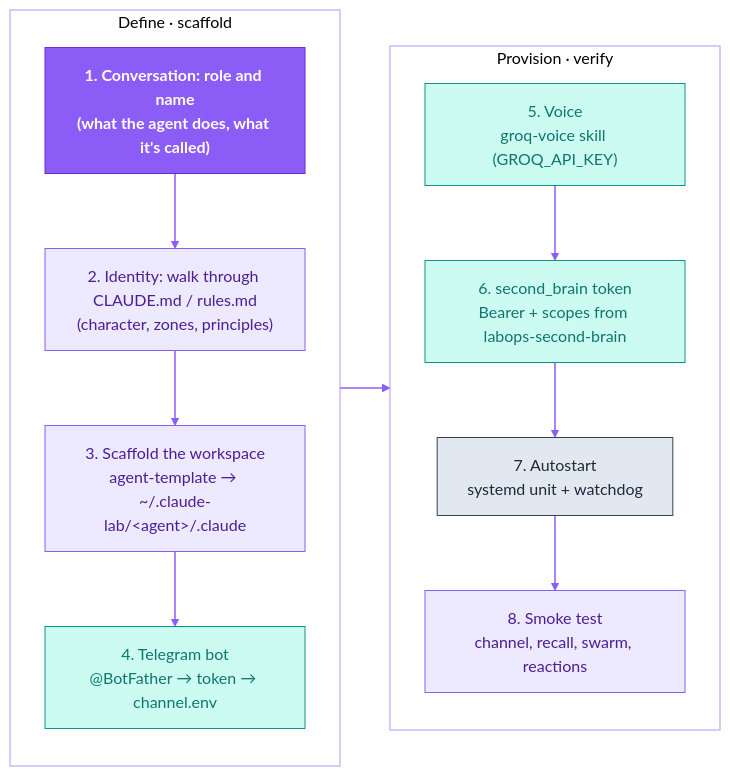
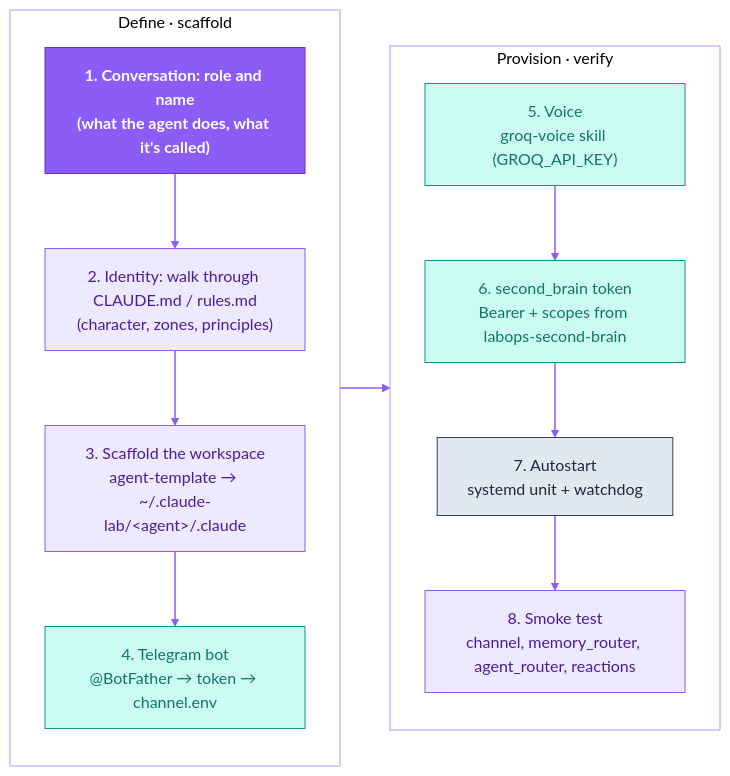
The fourth of 4 diagrams in README.md (dediukhinpa/labops-agent-architecture), drawn with Mermaid before and after one commit. The commit also changed other lines of this file and 38 other files, not shown here.

First line of the commit message:
Переименовать MCP-серверы: recall → memory_router, swarm → agent_router

````diff
--- a/README.md
+++ b/README.md
@@ -288,29 +288,29 @@
 ```mermaid
 %%{init: {'theme':'base','themeVariables':{'primaryColor':'#EDE9FE','primaryTextColor':'#4C1D95','primaryBorderColor':'#8B5CF6','lineColor':'#8B5CF6','secondaryColor':'#F1F5F9','tertiaryColor':'#ffffff','clusterBkg':'transparent','clusterBorder':'#B794F4','fontFamily':'Helvetica,Arial,sans-serif'}}}%%
 flowchart LR
   subgraph c1["Define · scaffold"]
     direction TB
     S1["1. Conversation: role and name<br/>(what the agent does, what it's called)"]
     S2["2. Identity: walk through CLAUDE.md / rules.md<br/>(character, zones, principles)"]
     S3["3. Scaffold the workspace<br/>agent-template → ~/.claude-lab/&lt;agent&gt;/.claude"]
     S4["4. Telegram bot<br/>@BotFather → token → channel.env"]
     S1 --> S2 --> S3 --> S4
   end
   subgraph c2["Provision · verify"]
     direction TB
     S5["5. Voice<br/>groq-voice skill (GROQ_API_KEY)"]
     S6["6. second_brain token<br/>Bearer + scopes from labops-second-brain"]
     S7["7. Autostart<br/>systemd unit + watchdog"]
-    S8["8. Smoke test<br/>channel, recall, swarm, reactions"]
+    S8["8. Smoke test<br/>channel, memory_router, agent_router, reactions"]
     S5 --> S6 --> S7 --> S8
   end
   S4 --> S5
   classDef brand fill:#8B5CF6,stroke:#6D28D9,color:#ffffff,font-weight:bold
   classDef ext fill:#CCFBF1,stroke:#0D9488,color:#0F766E
   classDef store fill:#FEF3C7,stroke:#D97706,color:#92400E
   classDef sys fill:#E2E8F0,stroke:#334155,color:#1E293B
   linkStyle default stroke:#8B5CF6,stroke-width:1.5px
   class S1 brand
   class S4,S5,S6 ext
   class S7 sys
 ```
````
